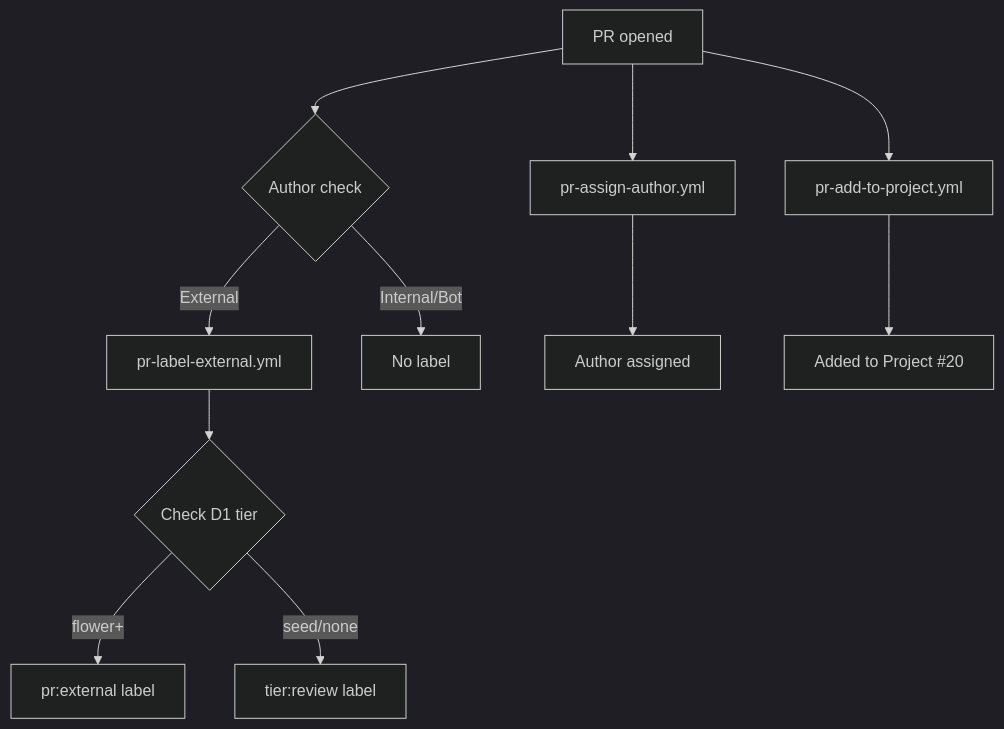
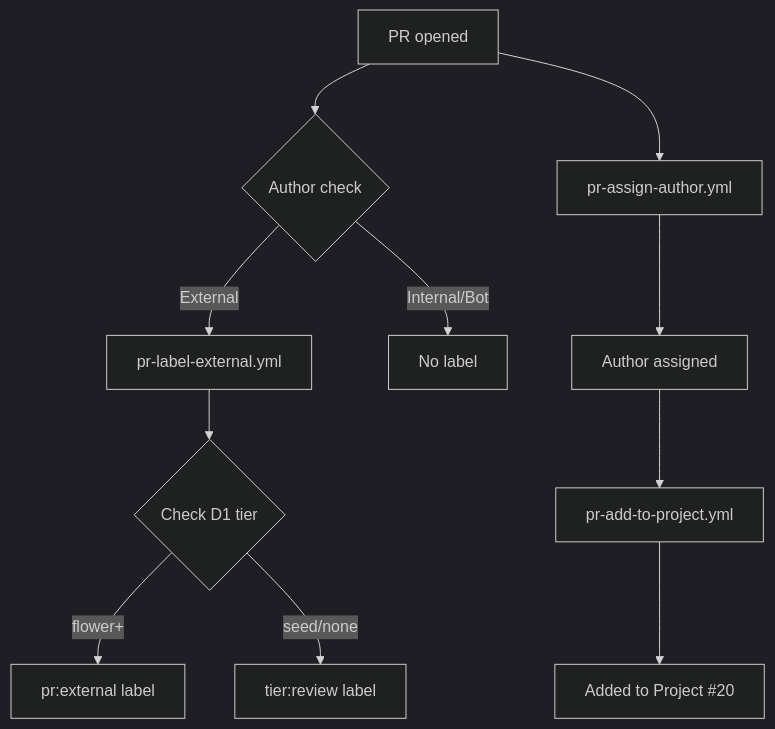
One commit to pollinations/pollinations changed the second of 3 diagrams in .github/docs/TRIAGE.md. Above: the diagram before and after it, drawn with Mermaid. The commit also changed 1 other file, not shown here.

Commit message:
docs: fix wide Mermaid diagrams for better readability
- DEPLOYMENT.md: Stack subgraphs vertically with explicit connections
- TRIAGE.md: Chain assign/project workflows instead of parallel branches

````diff
--- a/.github/docs/TRIAGE.md
+++ b/.github/docs/TRIAGE.md
@@ -37,16 +37,15 @@
 ```mermaid
 %%{init: {'theme': 'dark'}}%%
 flowchart TD
     A[PR opened] --> B{Author check}
     B -->|External| C[pr-label-external.yml]
     C --> D{Check D1 tier}
     D -->|flower+| E[pr:external label]
     D -->|seed/none| F[tier:review label]
     B -->|Internal/Bot| G[No label]
 
     A --> H[pr-assign-author.yml]
     H --> I[Author assigned]
-
-    A --> J[pr-add-to-project.yml]
+    I --> J[pr-add-to-project.yml]
     J --> K[Added to Project #20]
 ```
````
